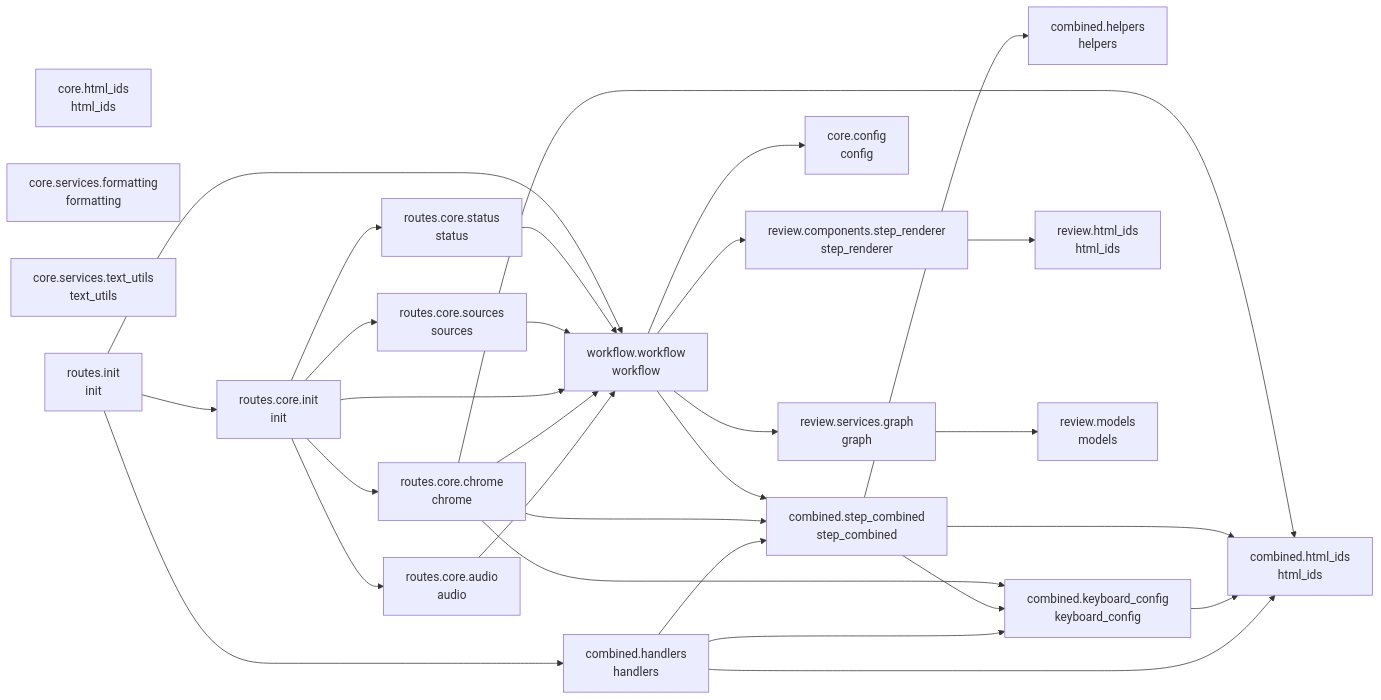
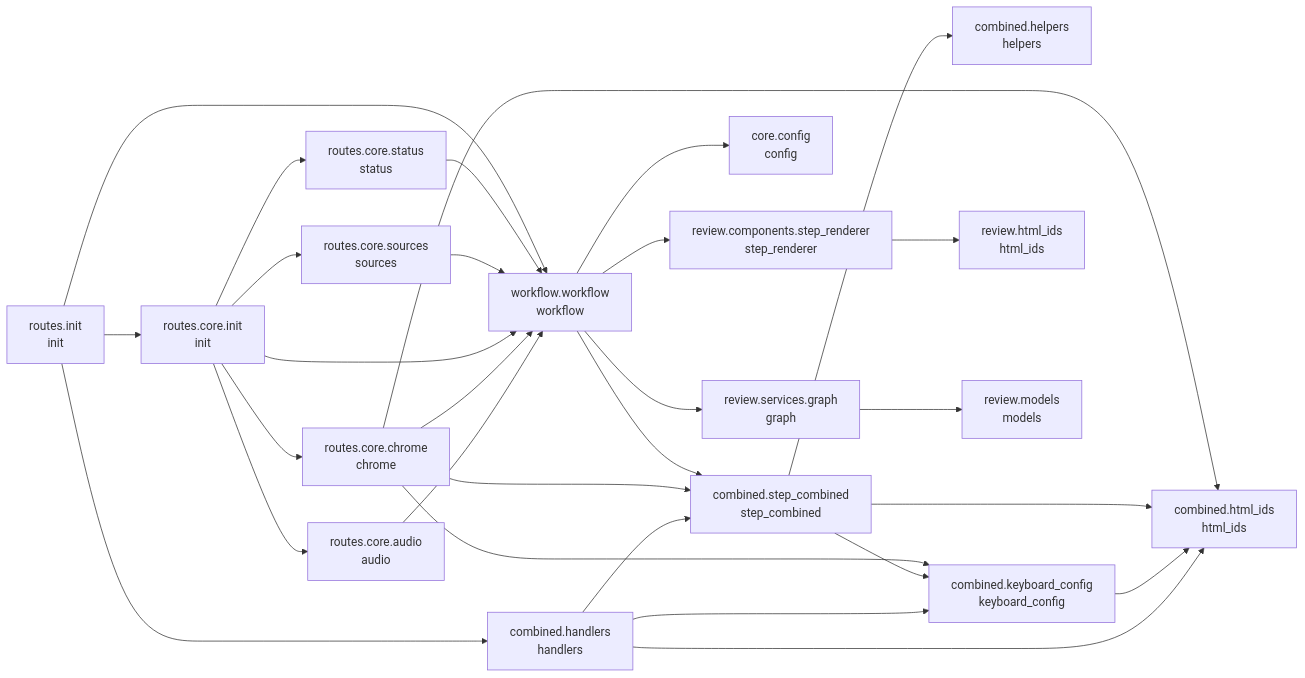
The diagram in README.md (cj-mills/cjm-fasthtml-workflow-transcript-decomp), drawn with Mermaid before and after one commit. The commit also changed other lines of this file and 9 other files, not shown here.

Commit message:
Remove unused core/services/ and core/html_ids.py modules (utilities now in extracted libraries).

````diff
--- a/README.md
+++ b/README.md
@@ -49,52 +45,49 @@
 ``` mermaid
 graph LR
     combined_handlers[combined.handlers<br/>handlers]
     combined_helpers[combined.helpers<br/>helpers]
     combined_html_ids[combined.html_ids<br/>html_ids]
     combined_keyboard_config[combined.keyboard_config<br/>keyboard_config]
     combined_step_combined[combined.step_combined<br/>step_combined]
     core_config[core.config<br/>config]
-    core_html_ids[core.html_ids<br/>html_ids]
-    core_services_formatting[core.services.formatting<br/>formatting]
-    core_services_text_utils[core.services.text_utils<br/>text_utils]
     review_components_step_renderer[review.components.step_renderer<br/>step_renderer]
     review_html_ids[review.html_ids<br/>html_ids]
     review_models[review.models<br/>models]
     review_services_graph[review.services.graph<br/>graph]
     routes_core_audio[routes.core.audio<br/>audio]
     routes_core_chrome[routes.core.chrome<br/>chrome]
     routes_core_init[routes.core.init<br/>init]
     routes_core_sources[routes.core.sources<br/>sources]
     routes_core_status[routes.core.status<br/>status]
     routes_init[routes.init<br/>init]
     workflow_workflow[workflow.workflow<br/>workflow]
 
+    combined_handlers --> combined_html_ids
     combined_handlers --> combined_keyboard_config
-    combined_handlers --> combined_html_ids
     combined_handlers --> combined_step_combined
     combined_keyboard_config --> combined_html_ids
-    combined_step_combined --> combined_keyboard_config
     combined_step_combined --> combined_helpers
     combined_step_combined --> combined_html_ids
+    combined_step_combined --> combined_keyboard_config
     review_components_step_renderer --> review_html_ids
     review_services_graph --> review_models
     routes_core_audio --> workflow_workflow
+    routes_core_chrome --> workflow_workflow
+    routes_core_chrome --> combined_html_ids
     routes_core_chrome --> combined_keyboard_config
-    routes_core_chrome --> combined_html_ids
     routes_core_chrome --> combined_step_combined
-    routes_core_chrome --> workflow_workflow
     routes_core_init --> routes_core_status
+    routes_core_init --> routes_core_chrome
+    routes_core_init --> workflow_workflow
     routes_core_init --> routes_core_audio
     routes_core_init --> routes_core_sources
-    routes_core_init --> routes_core_chrome
-    routes_core_init --> workflow_workflow
     routes_core_sources --> workflow_workflow
     routes_core_status --> workflow_workflow
     routes_init --> combined_handlers
+    routes_init --> routes_core_init
     routes_init --> workflow_workflow
-    routes_init --> routes_core_init
+    workflow_workflow --> review_services_graph
     workflow_workflow --> combined_step_combined
-    workflow_workflow --> review_services_graph
+    workflow_workflow --> review_components_step_renderer
     workflow_workflow --> core_config
-    workflow_workflow --> review_components_step_renderer
 ```
````
